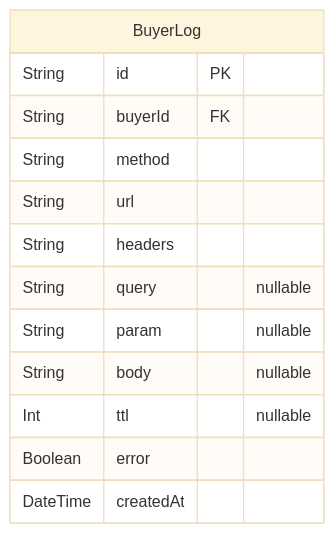
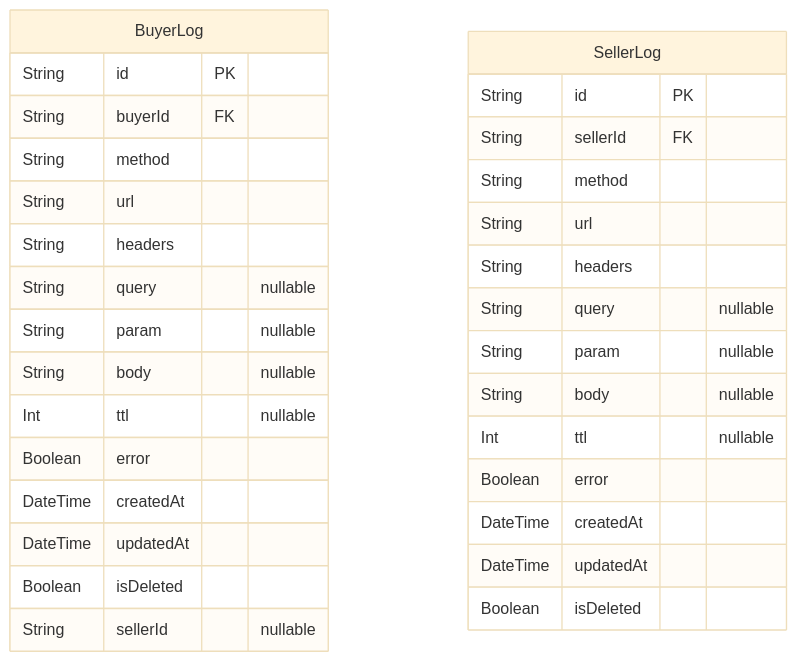
Before and after one commit to kakasoo/nestia-commerce: the third of 3 diagrams in prisma/ERD.md, drawn with Mermaid (base theme). The commit also changed other lines of this file and 1 other file, not shown here.

Commit message:
feat : add `seller` table

````diff
--- a/prisma/ERD.md
+++ b/prisma/ERD.md
@@ -61,16 +86,34 @@
 ```mermaid
 erDiagram
 "BuyerLog" {
   String id PK
   String buyerId FK
   String method
   String url
   String headers
   String query "nullable"
   String param "nullable"
   String body "nullable"
   Int ttl "nullable"
   Boolean error
   DateTime createdAt
+  DateTime updatedAt
+  Boolean isDeleted
+  String sellerId "nullable"
+}
+"SellerLog" {
+  String id PK
+  String sellerId FK
+  String method
+  String url
+  String headers
+  String query "nullable"
+  String param "nullable"
+  String body "nullable"
+  Int ttl "nullable"
+  Boolean error
+  DateTime createdAt
+  DateTime updatedAt
+  Boolean isDeleted
 }
 ```
````
